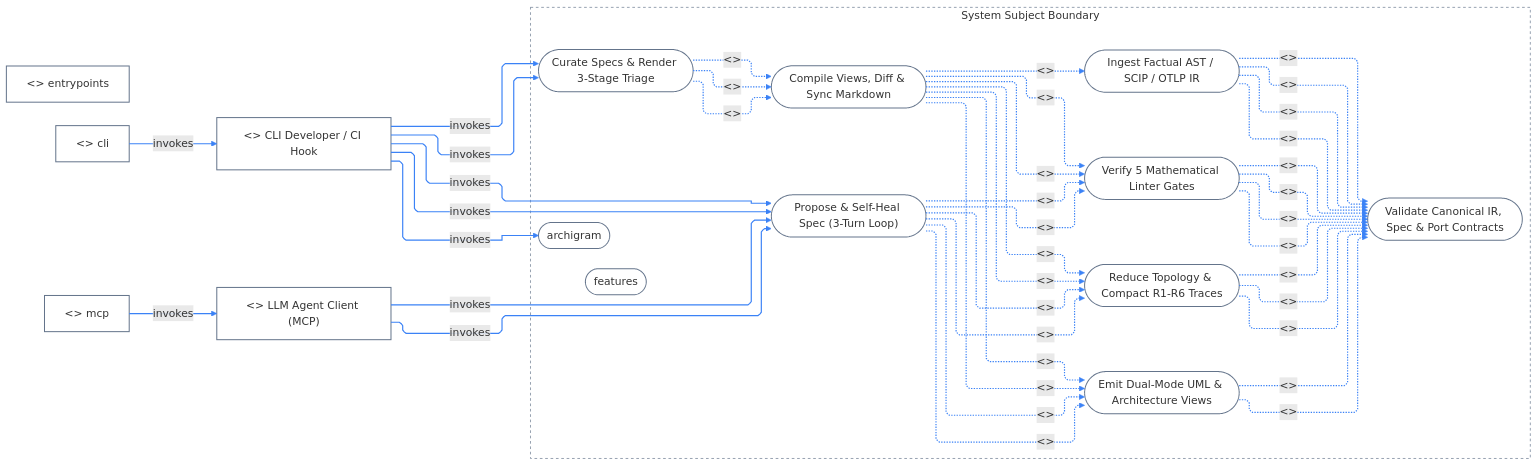
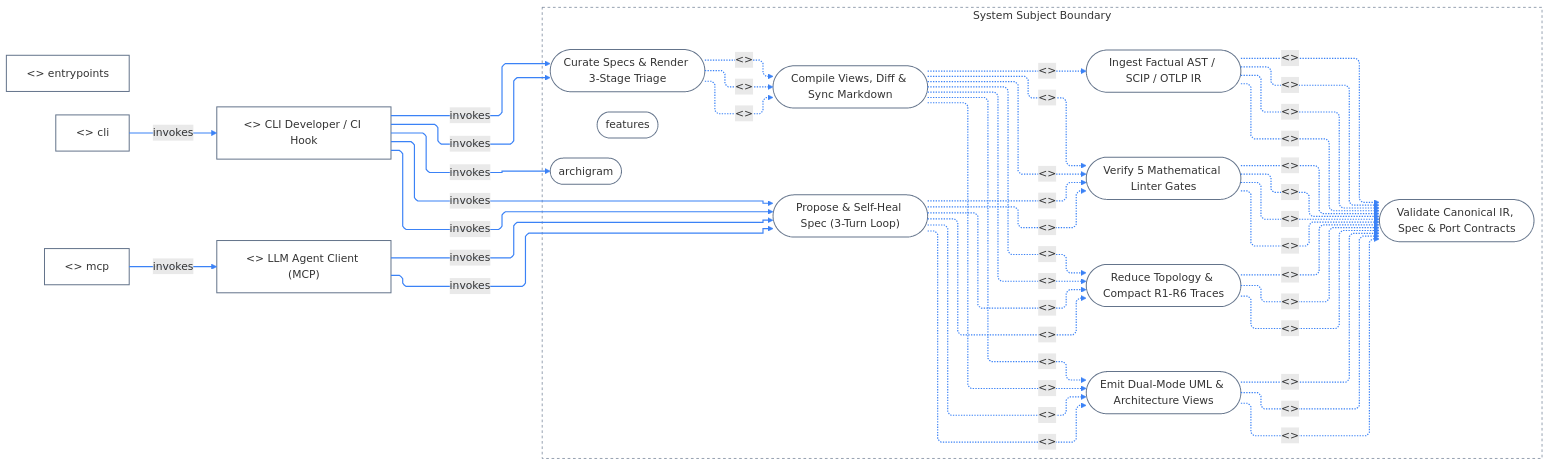
One commit to klcd/archigram changed the fifth of 8 diagrams in docs/architecture/uml-and-curation-showcase.md. Above: the diagram before and after it, drawn with Mermaid. The commit also changed other lines of this file and 39 other files, not shown here.

Commit message:
fix(emit_plantuml): reuse domain orderer and causal fork guard

````diff
--- a/docs/architecture/uml-and-curation-showcase.md
+++ b/docs/architecture/uml-and-curation-showcase.md
@@ -471,71 +473,72 @@
 ```mermaid
 ---
 config:
   layout: elk
   elk:
     mergeEdges: false
     nodePlacementStrategy: BRANDES_KOEPF
   flowchart:
     defaultRenderer: elk
     curve: linear
 ---
 flowchart LR
   classDef default fill:transparent,stroke:#64748b,stroke-width:1.5px
   u0["<<actor>> CLI Developer / CI Hook"]
   u1["<<actor>> LLM Agent Client (MCP)"]
   u3["<<actor>> entrypoints"]
   u4["<<actor>> cli"]
   u5["<<actor>> mcp"]
   subgraph sys_boundary["System Subject Boundary"]
     u2(["archigram"])
     u6(["features"])
     u7(["Compile Views, Diff & Sync Markdown"])
     u8(["Curate Specs & Render 3-Stage Triage"])
     u9(["Validate Canonical IR, Spec & Port Contracts"])
     u10(["Emit Dual-Mode UML & Architecture Views"])
     u11(["Ingest Factual AST / SCIP / OTLP IR"])
     u12(["Propose & Self-Heal Spec (3-Turn Loop)"])
     u13(["Reduce Topology & Compact R1-R6 Traces"])
     u14(["Verify 5 Mathematical Linter Gates"])
   end
   style sys_boundary fill:transparent,stroke:#64748b,stroke-width:1px,stroke-dasharray:4 4
   u0 -->|"invokes"| u2
   u4 -->|"invokes"| u0
   u5 -->|"invokes"| u1
   u8 -.->|"<<include>>"| u7
   u8 -.->|"<<include>>"| u7
   u8 -.->|"<<include>>"| u7
   u0 -->|"invokes"| u8
   u0 -->|"invokes"| u8
   u14 -.->|"<<include>>"| u9
   u10 -.->|"<<include>>"| u9
+  u10 -.->|"<<include>>"| u9
   u13 -.->|"<<include>>"| u9
   u14 -.->|"<<include>>"| u9
   u14 -.->|"<<include>>"| u9
   u14 -.->|"<<include>>"| u9
   u11 -.->|"<<include>>"| u9
   u11 -.->|"<<include>>"| u9
   u11 -.->|"<<include>>"| u9
   u11 -.->|"<<include>>"| u9
   u13 -.->|"<<include>>"| u9
   u10 -.->|"<<include>>"| u9
   u13 -.->|"<<include>>"| u9
   u7 -.->|"<<include>>"| u10
   u7 -.->|"<<include>>"| u10
   u12 -.->|"<<include>>"| u10
   u12 -.->|"<<include>>"| u10
   u7 -.->|"<<include>>"| u11
   u12 -.->|"<<include>>"| u14
   u7 -.->|"<<include>>"| u14
   u7 -.->|"<<include>>"| u14
   u12 -.->|"<<include>>"| u14
   u1 -->|"invokes"| u12
   u1 -->|"invokes"| u12
   u0 -->|"invokes"| u12
   u0 -->|"invokes"| u12
   u7 -.->|"<<include>>"| u13
   u7 -.->|"<<include>>"| u13
   u12 -.->|"<<include>>"| u13
   u12 -.->|"<<include>>"| u13
-  linkStyle 0,1,2,3,4,5,6,7,8,9,10,11,12,13,14,15,16,17,18,19,20,21,22,23,24,25,26,27,28,29,30,31,32,33,34,35,36,37 stroke:#3b82f6,stroke-width:1.75px
+  linkStyle 0,1,2,3,4,5,6,7,8,9,10,11,12,13,14,15,16,17,18,19,20,21,22,23,24,25,26,27,28,29,30,31,32,33,34,35,36,37,38 stroke:#3b82f6,stroke-width:1.75px
 ```
````
